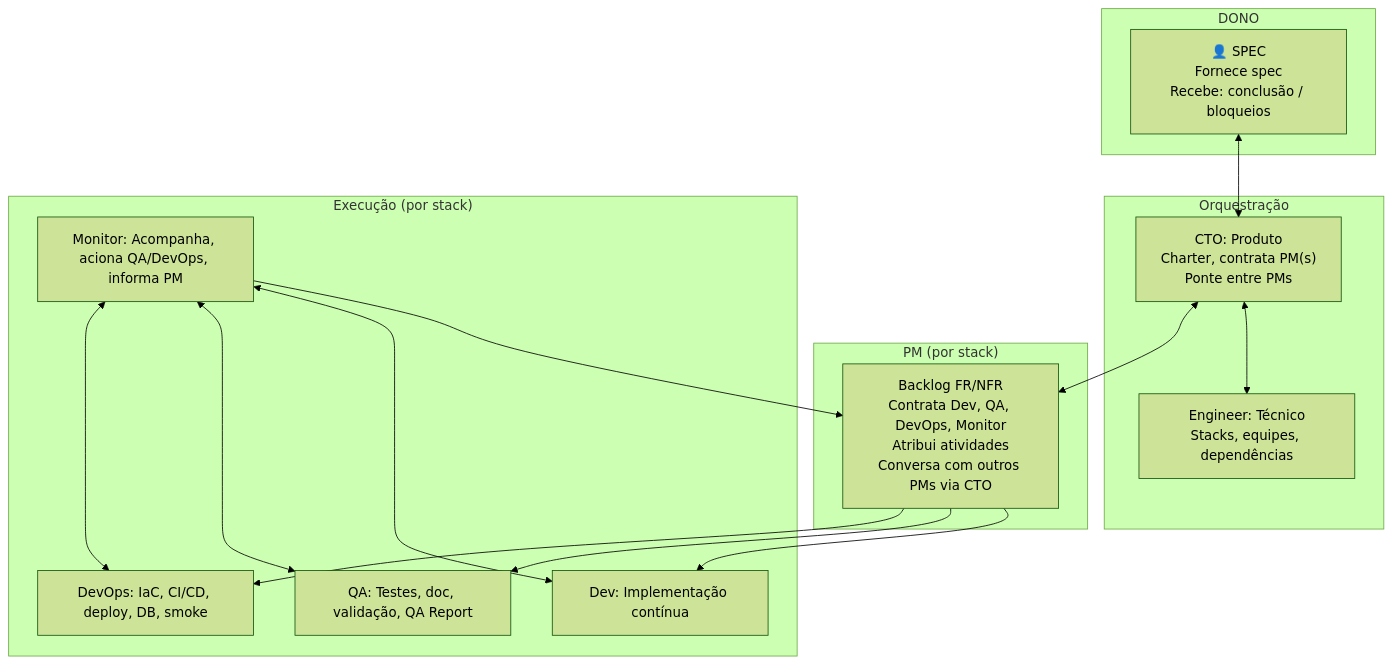
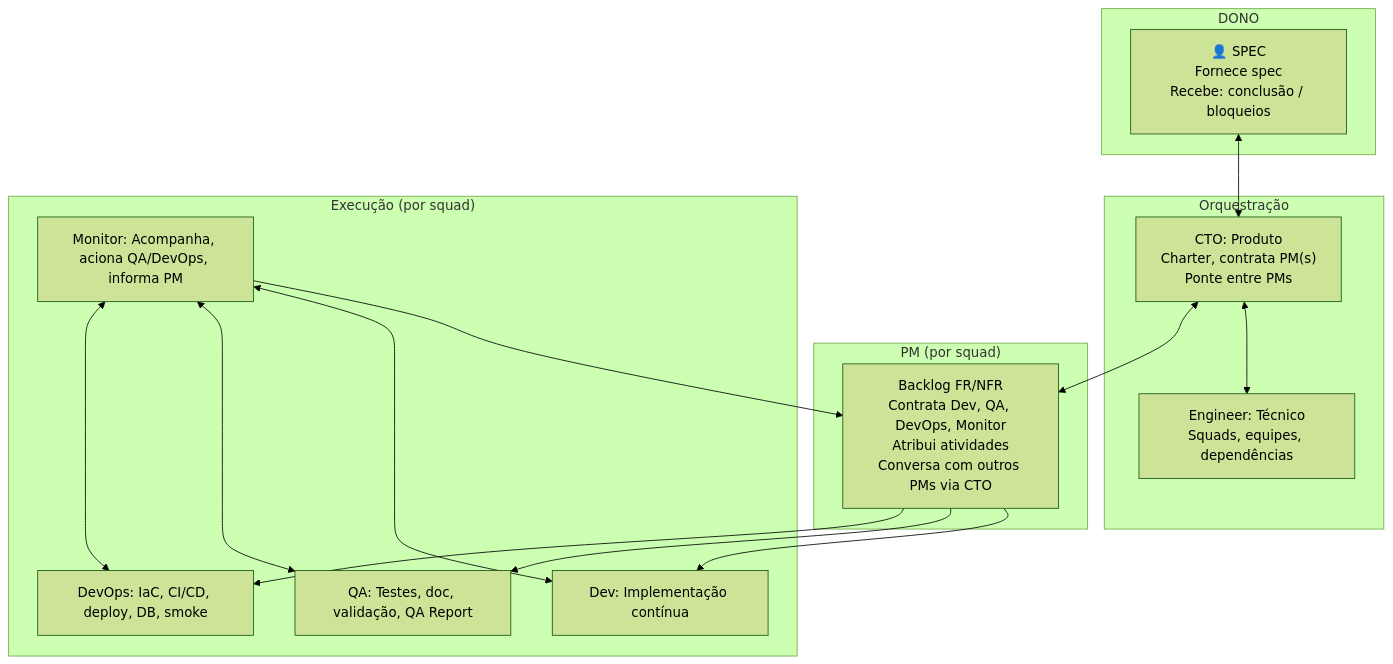
One commit to zentriztech/zentriz-genesis changed the fourth of 4 diagrams in project/docs/ACTORS_AND_RESPONSIBILITIES.md. Above: the diagram before and after it, drawn with Mermaid (forest theme). The commit also changed other lines of this file and 59 other files, not shown here.

First line of the commit message:
docs: nova arquitetura (duas fases, Monitor Loop, aceite) + stack→squad

````diff
--- a/project/docs/ACTORS_AND_RESPONSIBILITIES.md
+++ b/project/docs/ACTORS_AND_RESPONSIBILITIES.md
@@ -258,33 +258,33 @@
 ```mermaid
 flowchart TB
     subgraph DONO
         SPEC["👤 SPEC<br/>Fornece spec<br/>Recebe: conclusão / bloqueios"]
     end
 
     subgraph ORQ["Orquestração"]
         CTO["CTO: Produto<br/>Charter, contrata PM(s)<br/>Ponte entre PMs"]
-        ENG["Engineer: Técnico<br/>Stacks, equipes, dependências"]
+        ENG["Engineer: Técnico<br/>Squads, equipes, dependências"]
     end
 
-    subgraph PM_BOX["PM (por stack)"]
+    subgraph PM_BOX["PM (por squad)"]
         PM["Backlog FR/NFR<br/>Contrata Dev, QA, DevOps, Monitor<br/>Atribui atividades<br/>Conversa com outros PMs via CTO"]
     end
 
-    subgraph EXECUÇÃO["Execução (por stack)"]
+    subgraph EXECUÇÃO["Execução (por squad)"]
         DEV["Dev: Implementação contínua"]
         QA["QA: Testes, doc, validação, QA Report"]
         DO["DevOps: IaC, CI/CD, deploy, DB, smoke"]
         MON["Monitor: Acompanha, aciona QA/DevOps, informa PM"]
     end
 
     SPEC <--> CTO
     CTO <--> ENG
     CTO <--> PM
     PM --> DEV
     PM --> QA
     PM --> DO
     MON --> PM
     MON <--> DEV
     MON <--> QA
     MON <--> DO
 ```
````
